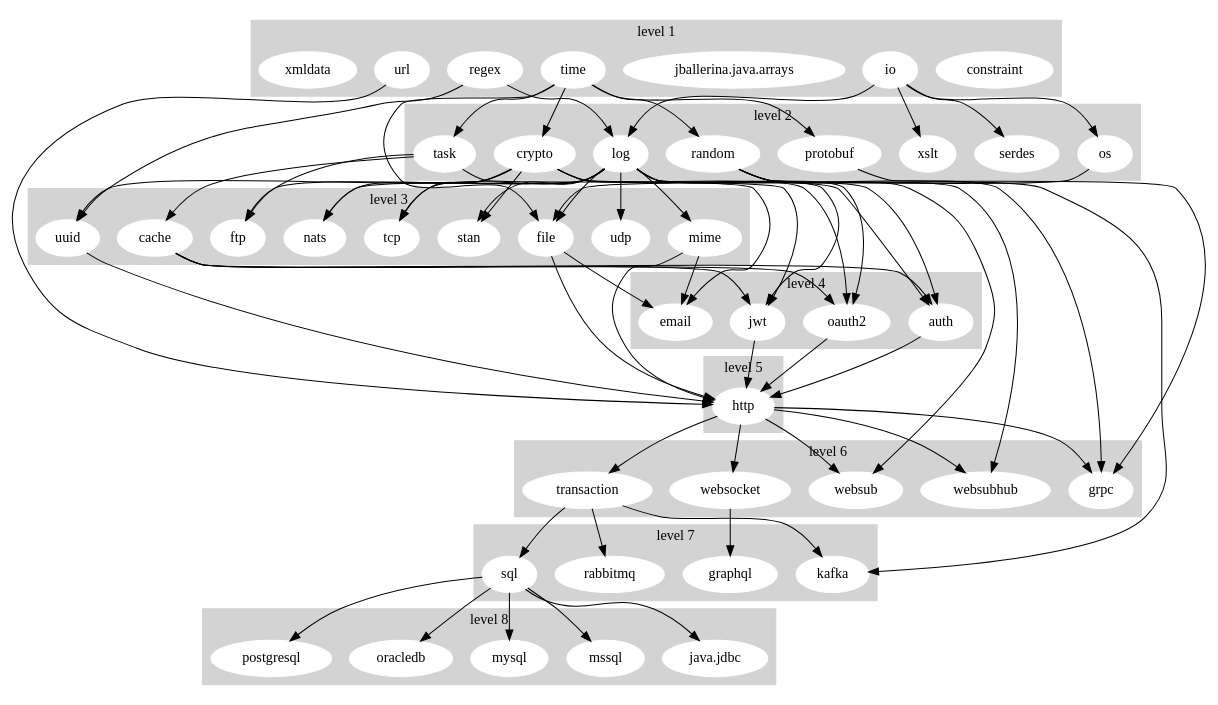
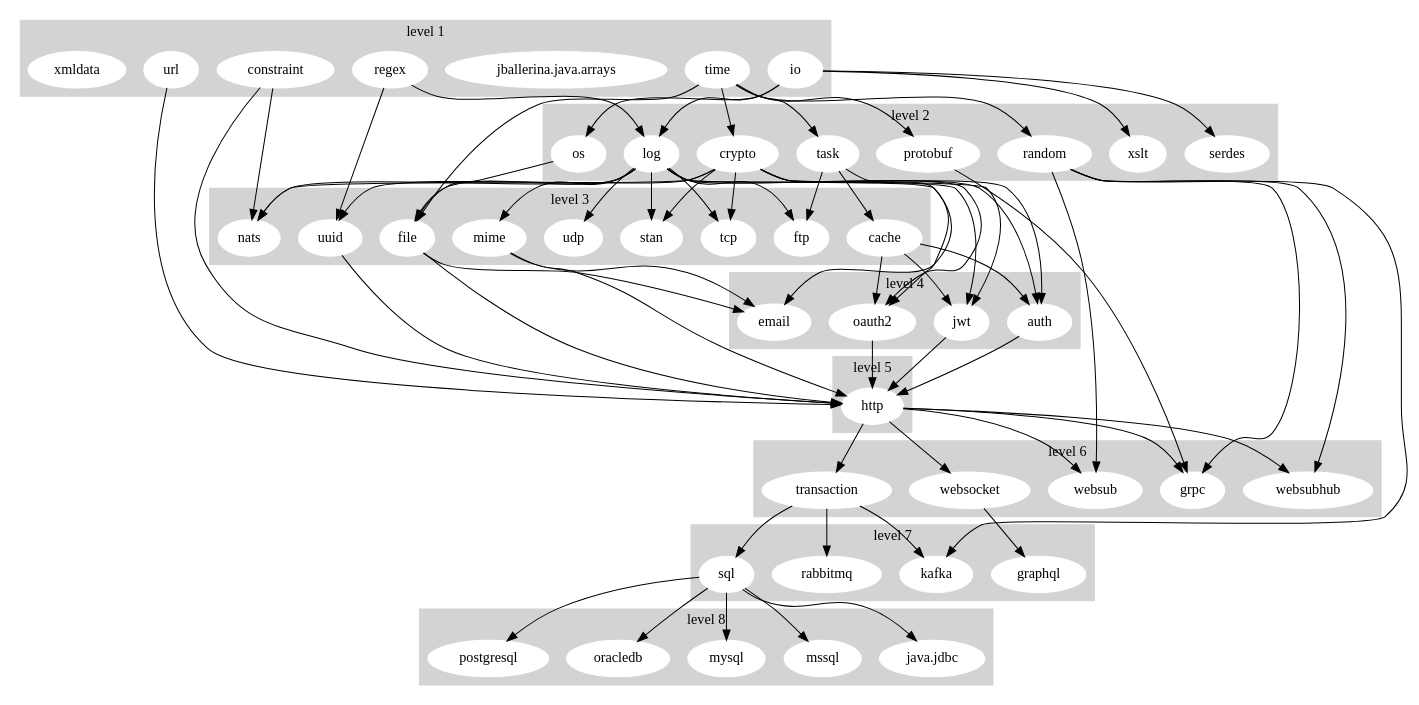
Before and after one commit to ballerina-platform/ballerina-release: the diagram in dashboard/stdlib_graph.gv, drawn with Graphviz.

Commit message:
[Automated] Update Stdlib Dependency Graph

```diff
--- a/dashboard/stdlib_graph.gv
+++ b/dashboard/stdlib_graph.gv
@@ -1,148 +1,150 @@
 digraph "Stdlib Dependency Graph" {
 	subgraph cluster_1 {
 		node [color=white style=filled]
 		color=lightgrey style=filled
 		constraint
 		io
 		"jballerina.java.arrays"
 		regex
 		time
 		url
 		xmldata
 		label="level 1"
 	}
 	subgraph cluster_2 {
 		node [color=white style=filled]
 		color=lightgrey style=filled
 		crypto
 		log
 		os
 		protobuf
 		random
 		serdes
 		task
 		xslt
 		label="level 2"
 	}
 	subgraph cluster_3 {
 		node [color=white style=filled]
 		color=lightgrey style=filled
 		cache
 		file
 		ftp
 		mime
 		nats
 		stan
 		tcp
 		udp
 		uuid
 		label="level 3"
 	}
 	subgraph cluster_4 {
 		node [color=white style=filled]
 		color=lightgrey style=filled
 		auth
 		email
 		jwt
 		oauth2
 		label="level 4"
 	}
 	subgraph cluster_5 {
 		node [color=white style=filled]
 		color=lightgrey style=filled
 		http
 		label="level 5"
 	}
 	subgraph cluster_6 {
 		node [color=white style=filled]
 		color=lightgrey style=filled
 		grpc
 		transaction
 		websocket
 		websub
 		websubhub
 		label="level 6"
 	}
 	subgraph cluster_7 {
 		node [color=white style=filled]
 		color=lightgrey style=filled
 		graphql
 		kafka
 		rabbitmq
 		sql
 		label="level 7"
 	}
 	subgraph cluster_8 {
 		node [color=white style=filled]
 		color=lightgrey style=filled
 		"java.jdbc"
 		mssql
 		mysql
 		oracledb
 		postgresql
 		label="level 8"
 	}
+	constraint -> http
+	constraint -> nats
 	io -> log
 	io -> os
 	io -> serdes
 	io -> xslt
 	regex -> log
 	regex -> uuid
 	time -> crypto
 	time -> file
 	time -> protobuf
 	time -> random
 	time -> task
 	url -> http
 	crypto -> auth
 	crypto -> jwt
 	crypto -> nats
 	crypto -> oauth2
 	crypto -> stan
 	crypto -> tcp
 	crypto -> uuid
 	log -> auth
 	log -> file
 	log -> ftp
 	log -> jwt
 	log -> mime
 	log -> nats
 	log -> oauth2
 	log -> stan
 	log -> tcp
 	log -> udp
 	os -> file
 	protobuf -> grpc
 	random -> grpc
 	random -> kafka
 	random -> websub
 	random -> websubhub
 	task -> cache
 	task -> email
 	task -> ftp
 	cache -> auth
 	cache -> jwt
 	cache -> oauth2
 	file -> email
 	file -> http
 	mime -> email
 	mime -> http
 	uuid -> http
 	auth -> http
 	jwt -> http
 	oauth2 -> http
 	http -> grpc
 	http -> transaction
 	http -> websocket
 	http -> websub
 	http -> websubhub
 	transaction -> kafka
 	transaction -> rabbitmq
 	transaction -> sql
 	websocket -> graphql
 	sql -> "java.jdbc"
 	sql -> mssql
 	sql -> mysql
 	sql -> oracledb
 	sql -> postgresql
 }
```
